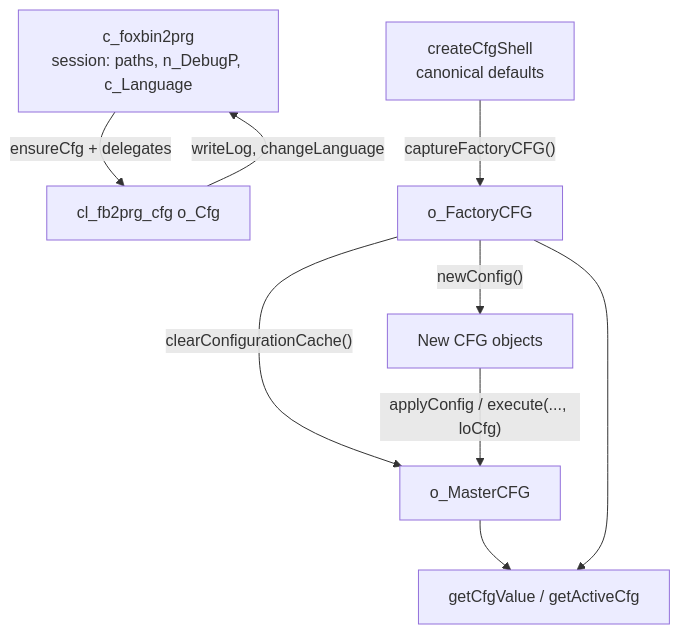
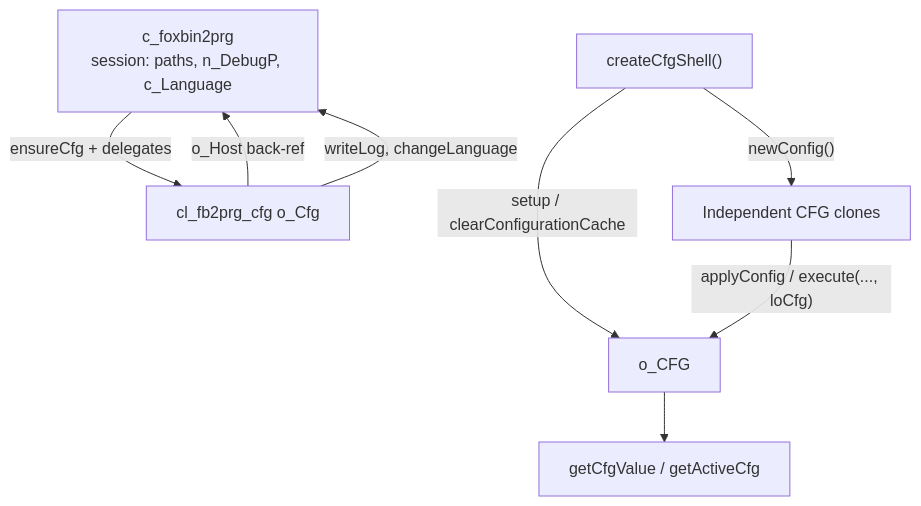
One commit to lkmatsumura/foxbin2prg changed the fourth of 8 diagrams in docs/arquitetura.md. Above: the diagram before and after it, drawn with Mermaid. The commit also changed other lines of this file and 5 other files, not shown here.

First line of the commit message:
refactor: Simplify configuration management in cl_fb2prg_cfg

````diff
--- a/docs/arquitetura.md
+++ b/docs/arquitetura.md
@@ -320,18 +320,16 @@
 ```mermaid
 flowchart TB
     Host["c_foxbin2prg<br/>session: paths, n_DebugP, c_Language"]
     CfgMgr["cl_fb2prg_cfg o_Cfg"]
-    Shell["createCfgShell<br/>canonical defaults"]
-    Factory["o_FactoryCFG"]
-    Master["o_MasterCFG"]
+    Shell["createCfgShell()"]
+    Session["o_CFG"]
     Resolve["getCfgValue / getActiveCfg"]
 
     Host -->|"ensureCfg + delegates"| CfgMgr
-    Shell -->|"captureFactoryCFG()"| Factory
-    Factory -->|"newConfig()"| NewCfg["New CFG objects"]
-    Factory -->|"clearConfigurationCache()"| Master
-    Master --> Resolve
-    Factory --> Resolve
+    CfgMgr -->|"o_Host back-ref"| Host
+    Shell -->|"setup / clearConfigurationCache"| Session
+    Shell -->|"newConfig()"| NewCfg["Independent CFG clones"]
+    NewCfg -->|"applyConfig / execute(..., loCfg)"| Session
+    Session --> Resolve
     CfgMgr -->|"writeLog, changeLanguage"| Host
-    NewCfg -->|"applyConfig / execute(..., loCfg)"| Master
 ```
````
